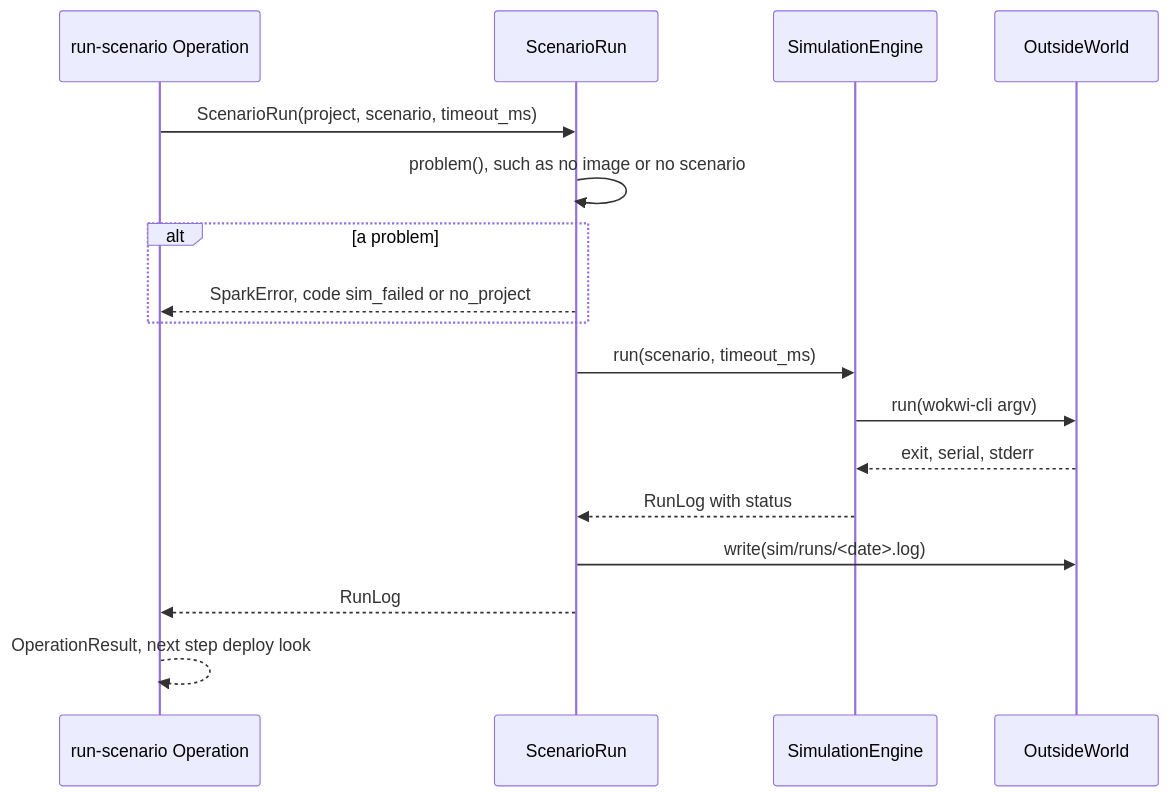
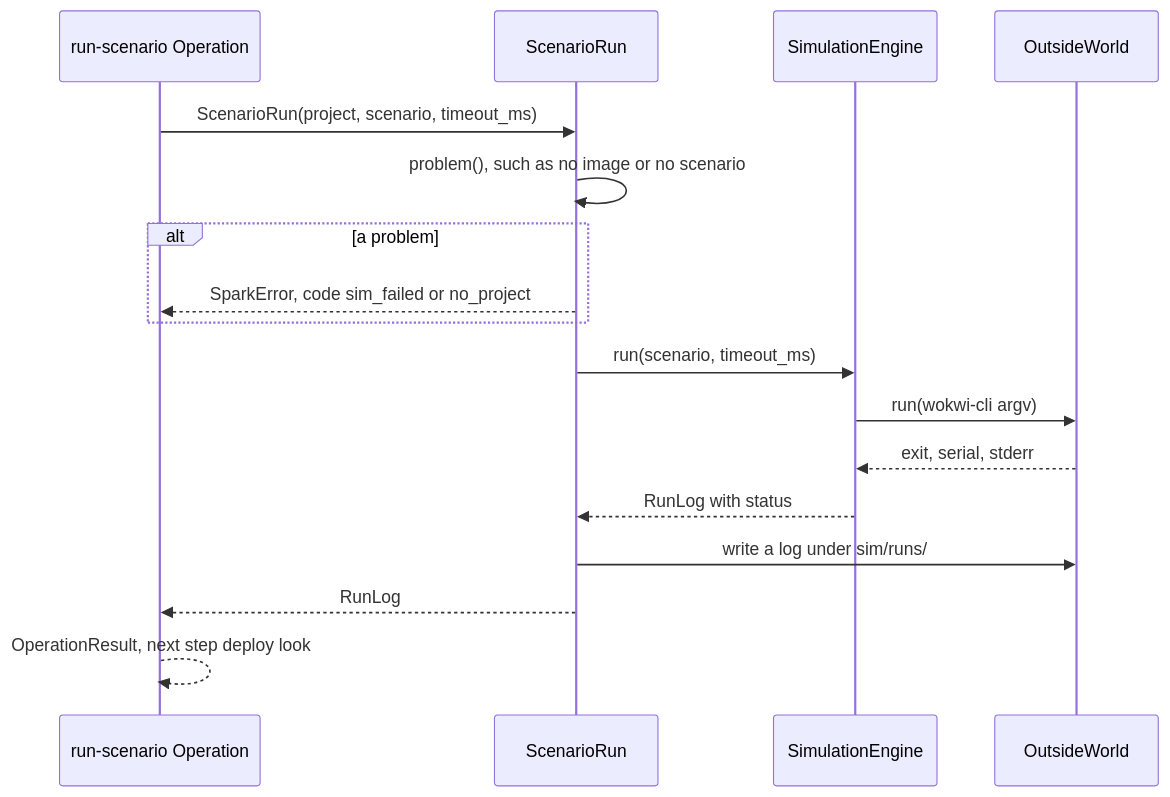
The third of 3 diagrams in docs/discovery/2026-10-19-p323-target-architecture/architecture/areas/firmware.md (xmejkal/spark), drawn with Mermaid before and after one commit. The commit also changed 4 other files, not shown here.

````diff
--- a/docs/discovery/2026-10-19-p323-target-architecture/architecture/areas/firmware.md
+++ b/docs/discovery/2026-10-19-p323-target-architecture/architecture/areas/firmware.md
@@ -112,19 +112,19 @@
 ```mermaid
 sequenceDiagram
   participant OP as run-scenario Operation
   participant SR as ScenarioRun
   participant EN as SimulationEngine
   participant OW as OutsideWorld
   OP->>SR: ScenarioRun(project, scenario, timeout_ms)
   SR->>SR: problem(), such as no image or no scenario
   alt a problem
     SR-->>OP: SparkError, code sim_failed or no_project
   end
   SR->>EN: run(scenario, timeout_ms)
   EN->>OW: run(wokwi-cli argv)
   OW-->>EN: exit, serial, stderr
   EN-->>SR: RunLog with status
-  SR->>OW: write(sim/runs/<date>.log)
+  SR->>OW: write a log under sim/runs/
   SR-->>OP: RunLog
   OP-->>OP: OperationResult, next step deploy look
 ```
````
